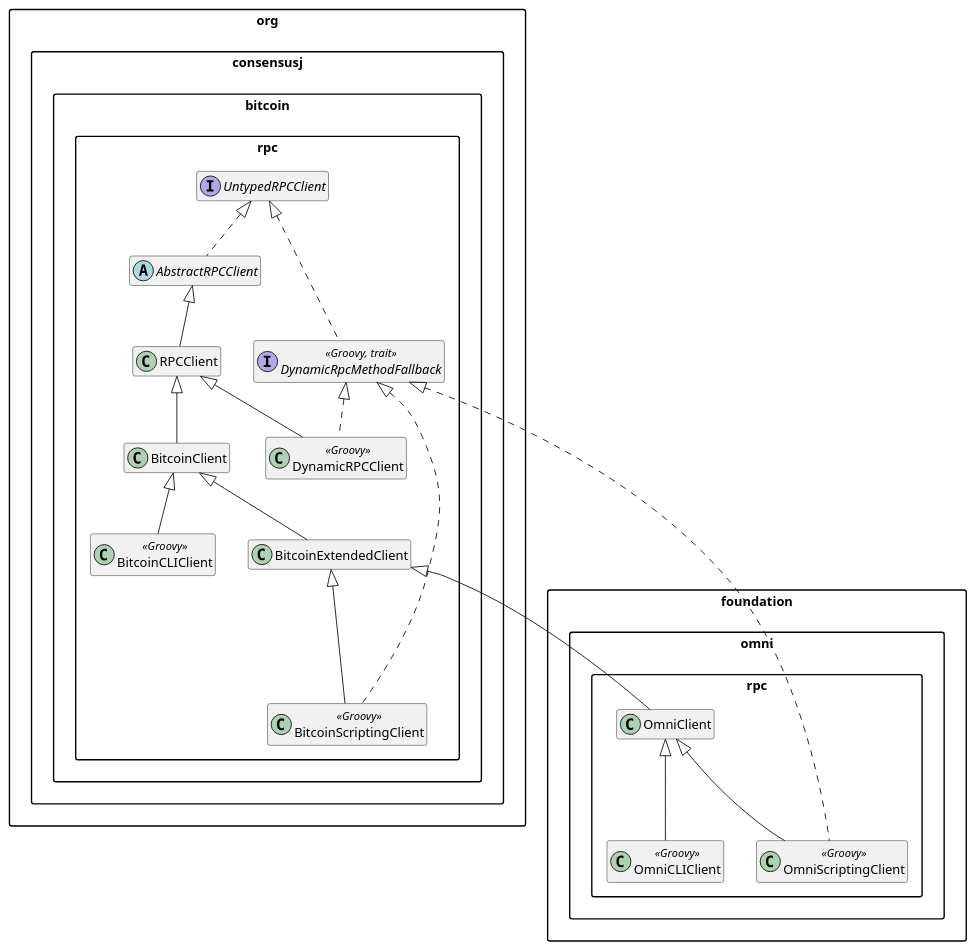
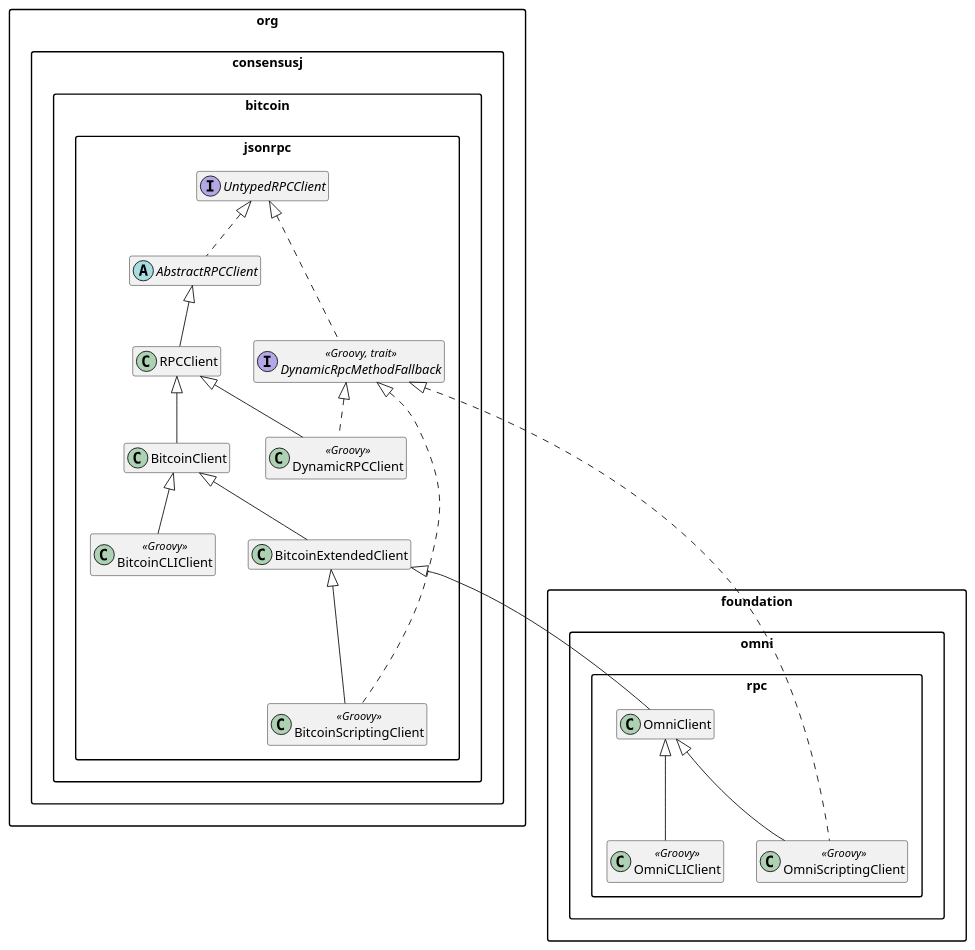
The diagram in doc/omnij-devguide.adoc (OmniLayer/OmniJ), drawn with PlantUML before and after one commit. The commit also changed 34 other files, not shown here.

```diff
--- a/doc/omnij-devguide.adoc
+++ b/doc/omnij-devguide.adoc
@@ -18,48 +18,48 @@
 [plantuml, diagram-classes, svg]
 ....
 skinparam packageStyle Rect
 skinparam shadowing false
 hide empty members
 
-namespace org.consensusj.bitcoin.rpc {
+namespace org.consensusj.bitcoin.jsonrpc {
     interface UntypedRPCClient
     abstract class AbstractRPCClient
 
     class RPCClient
     class BitcoinClient
     class BitcoinExtendedClient
 
     interface DynamicRpcMethodFallback << Groovy, trait >>
     class DynamicRPCClient << Groovy >>
     class BitcoinScriptingClient << Groovy >>
     class BitcoinCLIClient << Groovy >>
 
     UntypedRPCClient <|.. AbstractRPCClient
     AbstractRPCClient <|-- RPCClient
 
     UntypedRPCClient <|.. DynamicRpcMethodFallback
     RPCClient <|-- DynamicRPCClient
     DynamicRpcMethodFallback <|.. DynamicRPCClient
 
     RPCClient <|-- BitcoinClient
     BitcoinClient <|-- BitcoinExtendedClient
     BitcoinExtendedClient <|-- BitcoinScriptingClient
     DynamicRpcMethodFallback <|.. BitcoinScriptingClient
     BitcoinClient <|-- BitcoinCLIClient
 }
 
 
 namespace foundation.omni.rpc {
     class OmniClient
     class OmniScriptingClient << Groovy >>
     class OmniCLIClient << Groovy >>
 
 
-    org.consensusj.bitcoin.rpc.BitcoinExtendedClient <|-- OmniClient
+    org.consensusj.bitcoin.jsonrpc.BitcoinExtendedClient <|-- OmniClient
     OmniClient <|-- OmniScriptingClient
-    org.consensusj.bitcoin.rpc.DynamicRpcMethodFallback <|.. OmniScriptingClient
+    org.consensusj.bitcoin.jsonrpc.DynamicRpcMethodFallback <|.. OmniScriptingClient
     OmniClient <|-- OmniCLIClient
 }
 
 
 ....
```
